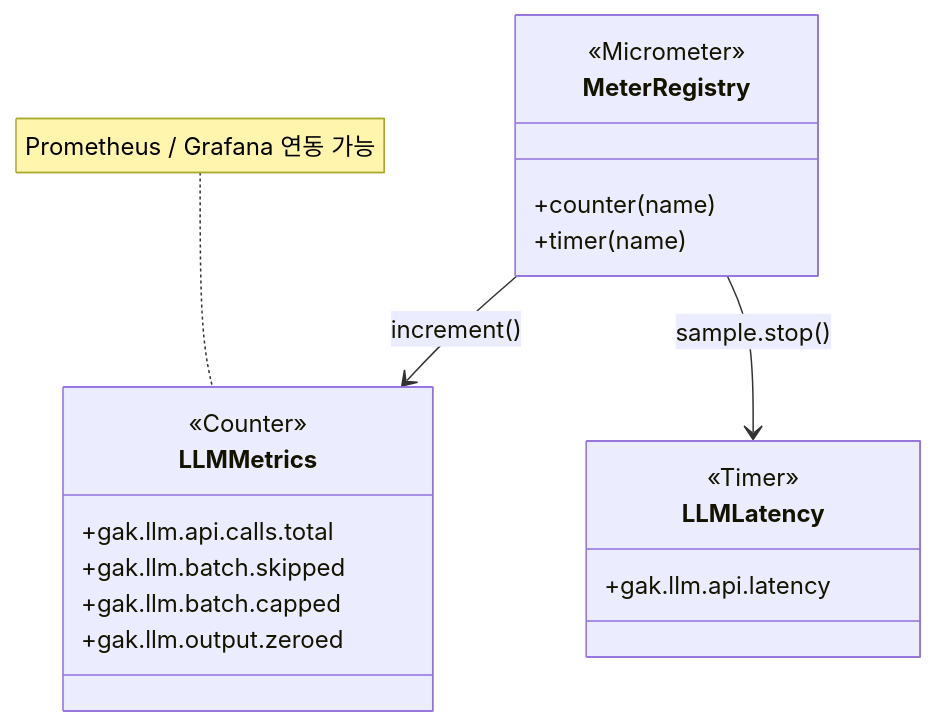
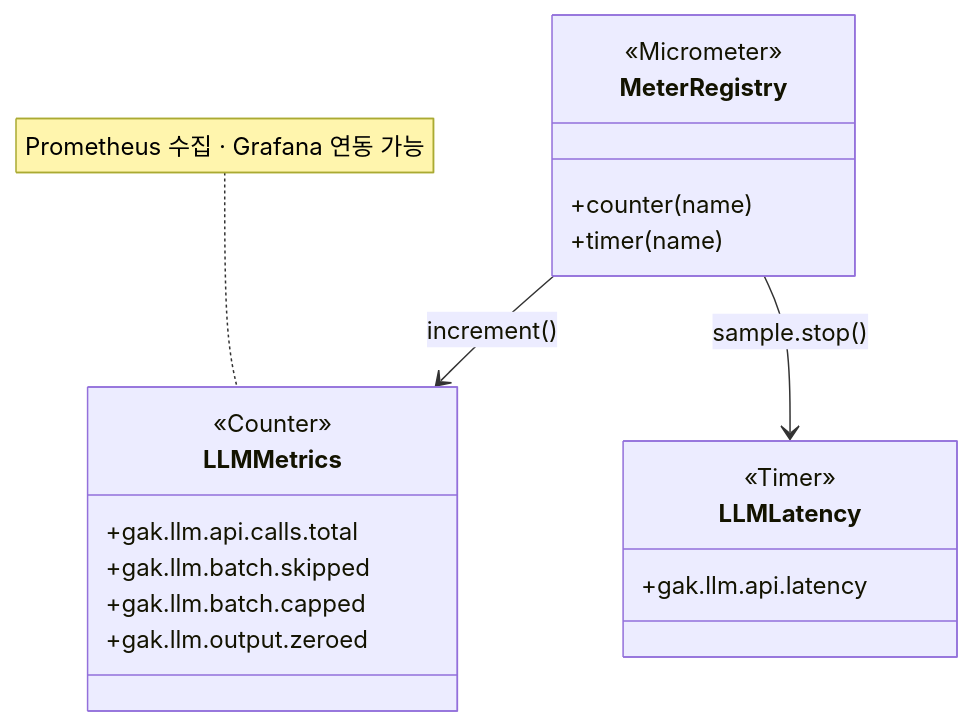
Diagram 16 of 25 in docs/design/30_system_reliability.md (oneul0/Project-neul), drawn with Mermaid before and after one commit. The commit also changed other lines of this file, not shown here.

````diff
--- a/docs/design/30_system_reliability.md
+++ b/docs/design/30_system_reliability.md
@@ -540,26 +551,26 @@
 ```mermaid
 classDiagram
     class MeterRegistry {
         <<Micrometer>>
         +counter(name)
         +timer(name)
     }
 
     class LLMMetrics {
         <<Counter>>
         +gak.llm.api.calls.total
         +gak.llm.batch.skipped
         +gak.llm.batch.capped
         +gak.llm.output.zeroed
     }
 
     class LLMLatency {
         <<Timer>>
         +gak.llm.api.latency
     }
 
     MeterRegistry --> LLMMetrics : increment()
     MeterRegistry --> LLMLatency : sample.stop()
 
-    note for LLMMetrics "Prometheus / Grafana 연동 가능"
+    note for LLMMetrics "Prometheus 수집 · Grafana 연동 가능"
 ```
````
